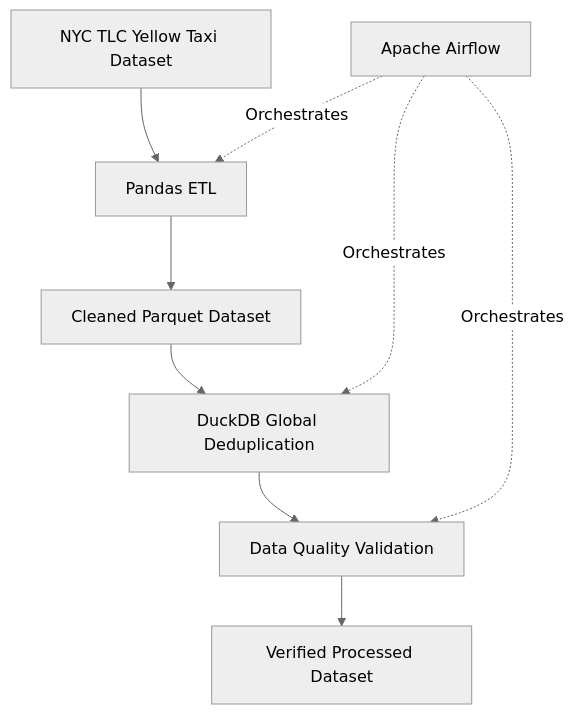
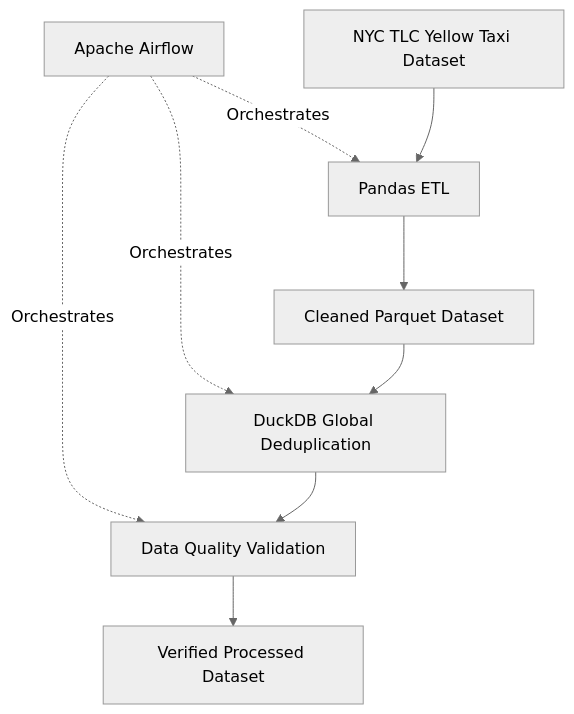
Before and after one commit to Shinde-Bharat/nyc-taxi-data-engineering: the first of 2 diagrams in README.md, drawn with Mermaid (neutral theme). The commit also changed other lines of this file, not shown here.

````diff
--- a/README.md
+++ b/README.md
@@ -20,11 +22,20 @@
 ```mermaid
 flowchart TD
-    A[NYC TLC Yellow Taxi Dataset] --> B[Pandas ETL]
-    B --> C[Cleaned Parquet Dataset]
-    C --> D[DuckDB Global Deduplication]
-    D --> E[Data Quality Validation]
-    E --> F[Verified Processed Dataset]
-    G[Apache Airflow] -. Orchestrates .-> B
-    G -. Orchestrates .-> D
-    G -. Orchestrates .-> E
+    A["Apache Airflow"]
+    B["NYC TLC Yellow Taxi Dataset"]
+    C["Pandas ETL"]
+    D["Cleaned Parquet Dataset"]
+    E["DuckDB Global Deduplication"]
+    F["Data Quality Validation"]
+    G["Verified Processed Dataset"]
+
+    A -. Orchestrates .-> C
+    A -. Orchestrates .-> E
+    A -. Orchestrates .-> F
+
+    B --> C
+    C --> D
+    D --> E
+    E --> F
+    F --> G
 ```
````
